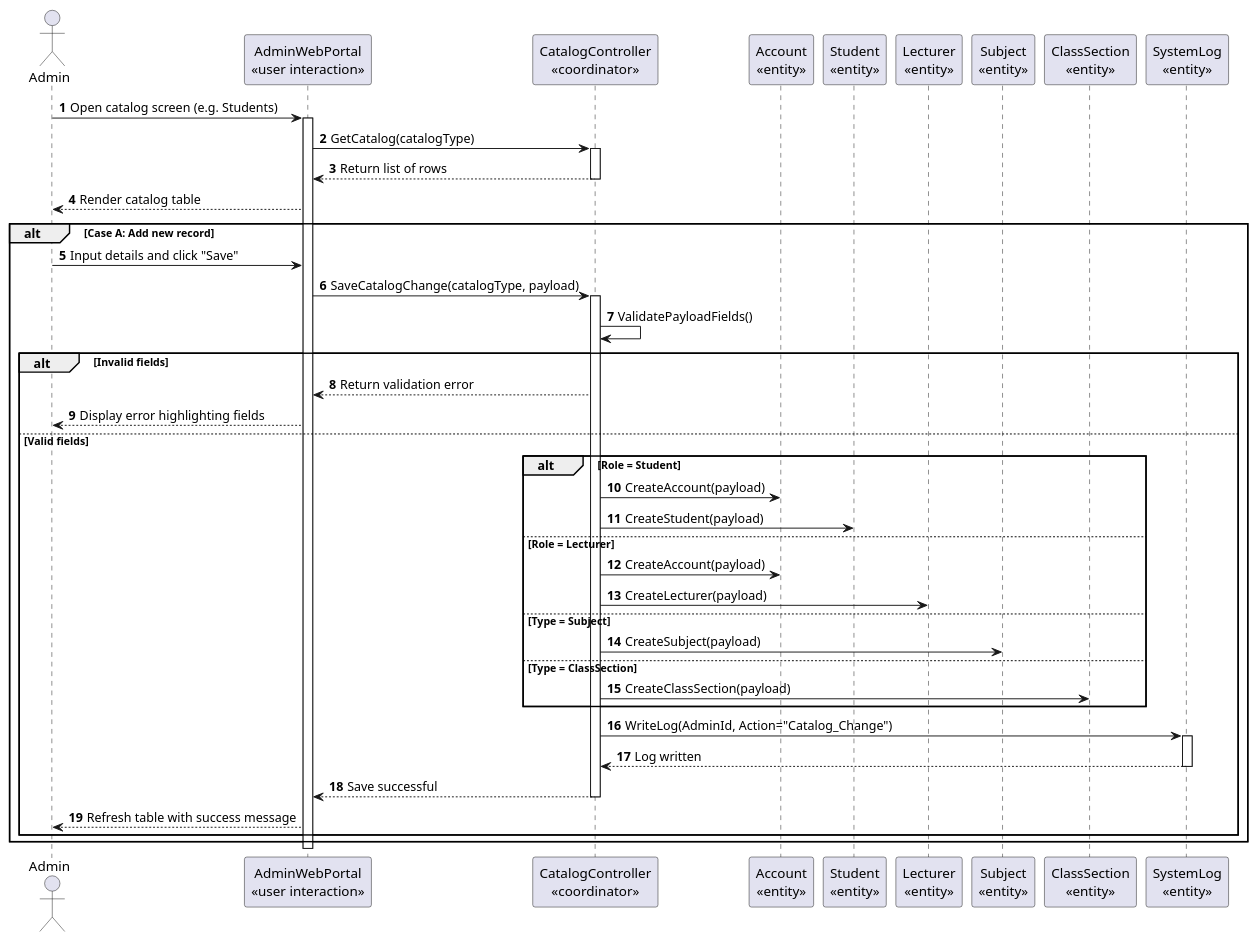
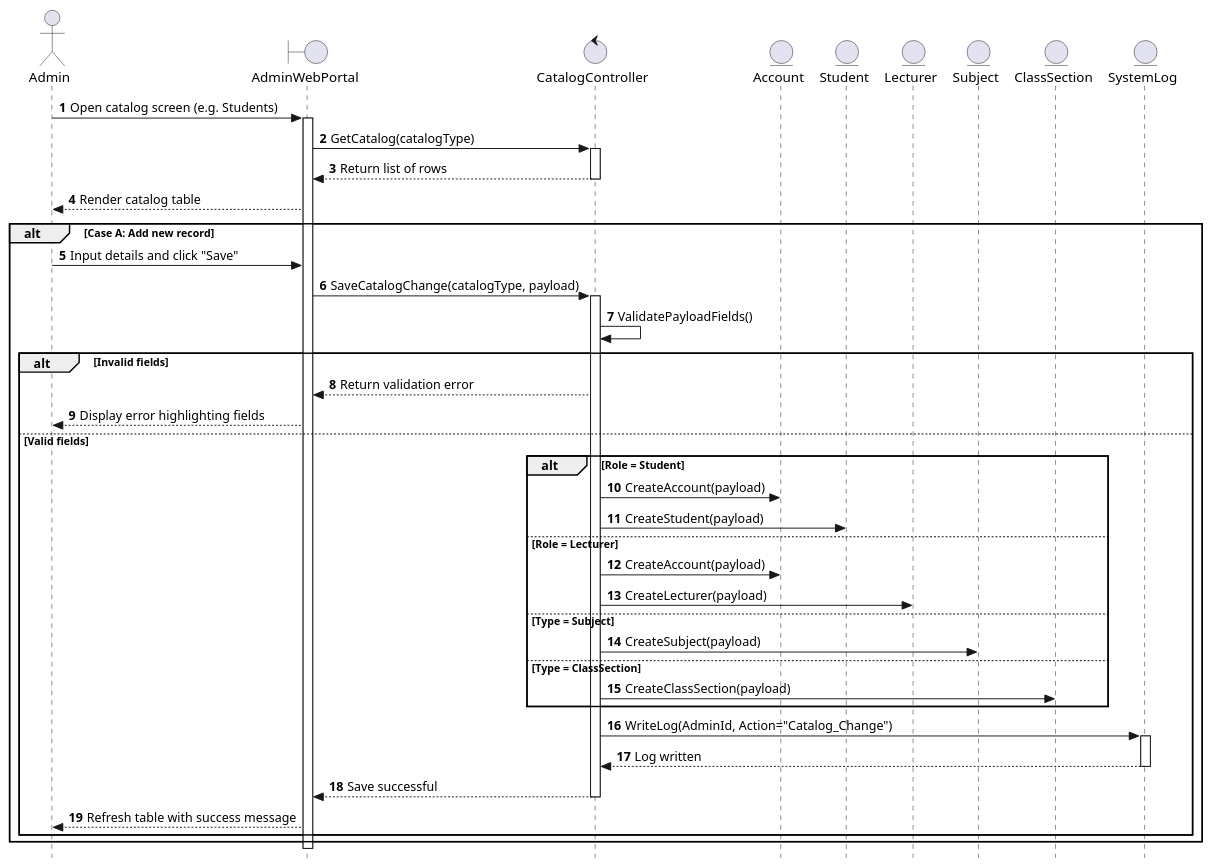
Diagram 24 of 31 in MainDocs/AFAS_RDS_Document_Part1B_Analysis_models.md (nttung42/SWD392), drawn with PlantUML before and after one commit. The commit also changed other lines of this file, not shown here.

Commit message:
docs: refactor sequence diagrams to use strict UML/BCE and add message description tables

````diff
--- a/MainDocs/AFAS_RDS_Document_Part1B_Analysis_models.md
+++ b/MainDocs/AFAS_RDS_Document_Part1B_Analysis_models.md
@@ -1141,53 +1355,54 @@
 ```plantuml
 @startuml
+skinparam style strictuml
 autonumber
 actor AD as "Admin"
-participant AWP as "AdminWebPortal\n«user interaction»"
-participant CC as "CatalogController\n«coordinator»"
-participant ACC as "Account\n«entity»"
-participant ST as "Student\n«entity»"
-participant LT as "Lecturer\n«entity»"
-participant SUB as "Subject\n«entity»"
-participant CLS as "ClassSection\n«entity»"
-participant SL as "SystemLog\n«entity»"
+boundary AWP as "AdminWebPortal"
+control CC as "CatalogController"
+entity ACC as "Account"
+entity ST as "Student"
+entity LT as "Lecturer"
+entity SUB as "Subject"
+entity CLS as "ClassSection"
+entity SL as "SystemLog"
 
 AD -> AWP : Open catalog screen (e.g. Students)
 activate AWP
 AWP -> CC : GetCatalog(catalogType)
 activate CC
 CC --> AWP : Return list of rows
 deactivate CC
 AWP --> AD : Render catalog table
 
 alt Case A: Add new record
     AD -> AWP : Input details and click "Save"
     AWP -> CC : SaveCatalogChange(catalogType, payload)
     activate CC
     CC -> CC : ValidatePayloadFields()
     alt Invalid fields
         CC --> AWP : Return validation error
         AWP --> AD : Display error highlighting fields
     else Valid fields
         alt Role = Student
             CC -> ACC : CreateAccount(payload)
             CC -> ST : CreateStudent(payload)
         else Role = Lecturer
             CC -> ACC : CreateAccount(payload)
             CC -> LT : CreateLecturer(payload)
         else Type = Subject
             CC -> SUB : CreateSubject(payload)
         else Type = ClassSection
             CC -> CLS : CreateClassSection(payload)
         end
         CC -> SL : WriteLog(AdminId, Action="Catalog_Change")
         activate SL
         SL --> CC : Log written
         deactivate SL
         CC --> AWP : Save successful
         deactivate CC
         AWP --> AD : Refresh table with success message
     end
 end
 deactivate AWP
 @enduml
 ```
````
